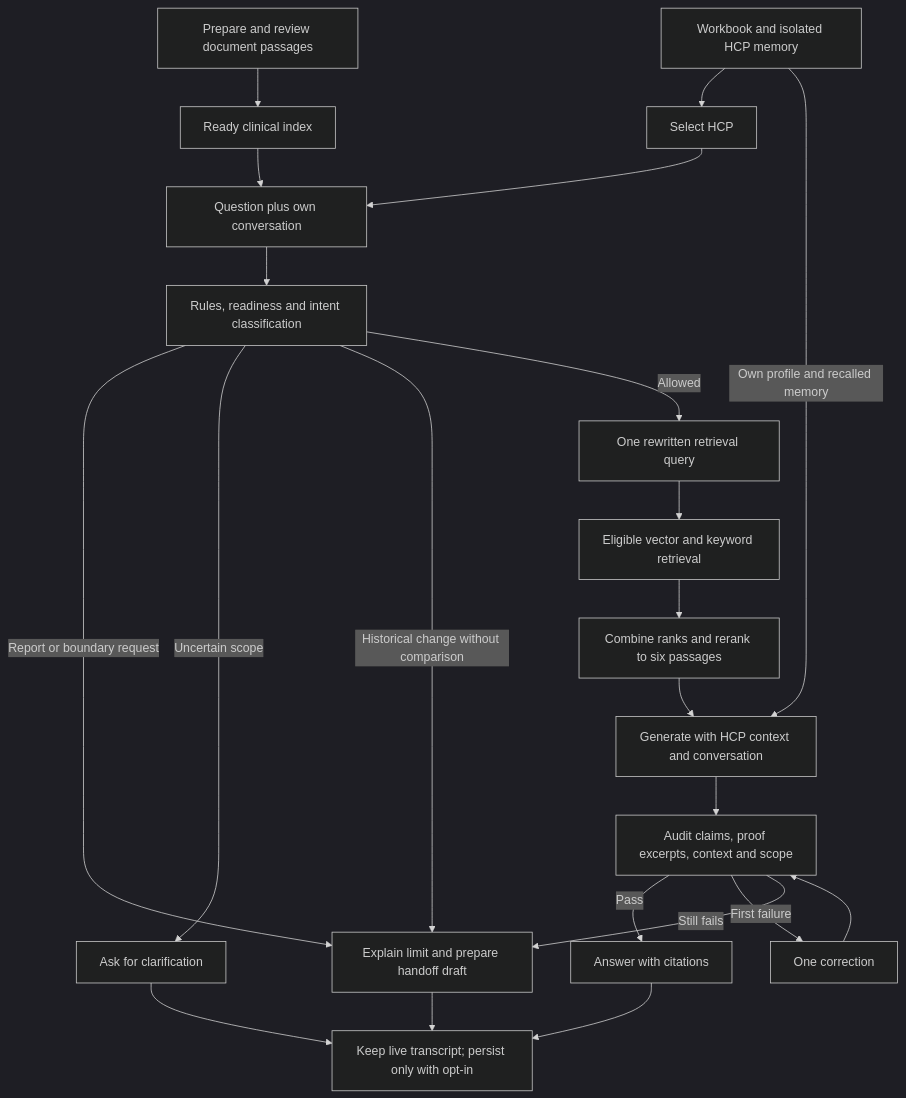
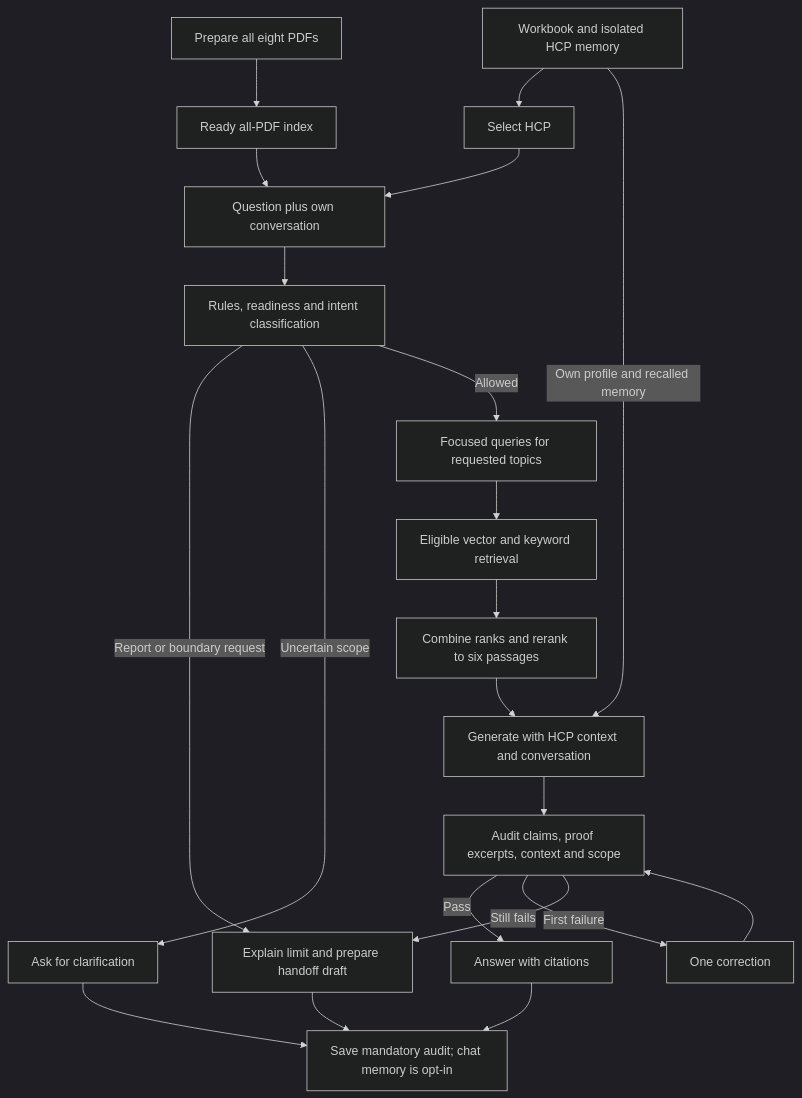
Before and after one commit to aribakhtar/camzyos-contextual-rep: the diagram in docs/product-walkthrough.md, drawn with Mermaid (dark theme). The commit also changed other lines of this file and 39 other files, not shown here.

````diff
--- a/docs/product-walkthrough.md
+++ b/docs/product-walkthrough.md
@@ -59,24 +61,23 @@
 ```mermaid
 flowchart TD
-    D[Prepare and review document passages] --> R[Ready clinical index]
+    D[Prepare all eight PDFs] --> R[Ready all-PDF index]
     W[Workbook and isolated HCP memory] --> H[Select HCP]
     R --> Q[Question plus own conversation]
     H --> Q
     Q --> P[Rules, readiness and intent classification]
     P -->|Report or boundary request| X[Explain limit and prepare handoff draft]
     P -->|Uncertain scope| C[Ask for clarification]
-    P -->|Historical change without comparison| X
-    P -->|Allowed| T[One rewritten retrieval query]
+    P -->|Allowed| T[Focused queries for requested topics]
     T --> E[Eligible vector and keyword retrieval]
     E --> K[Combine ranks and rerank to six passages]
     K --> G[Generate with HCP context and conversation]
     W -->|Own profile and recalled memory| G
     G --> A[Audit claims, proof excerpts, context and scope]
     A -->|Pass| O[Answer with citations]
     A -->|First failure| F[One correction]
     F --> A
     A -->|Still fails| X
-    O --> S[Keep live transcript; persist only with opt-in]
+    O --> S[Save mandatory audit; chat memory is opt-in]
     X --> S
     C --> S
 ```
````
